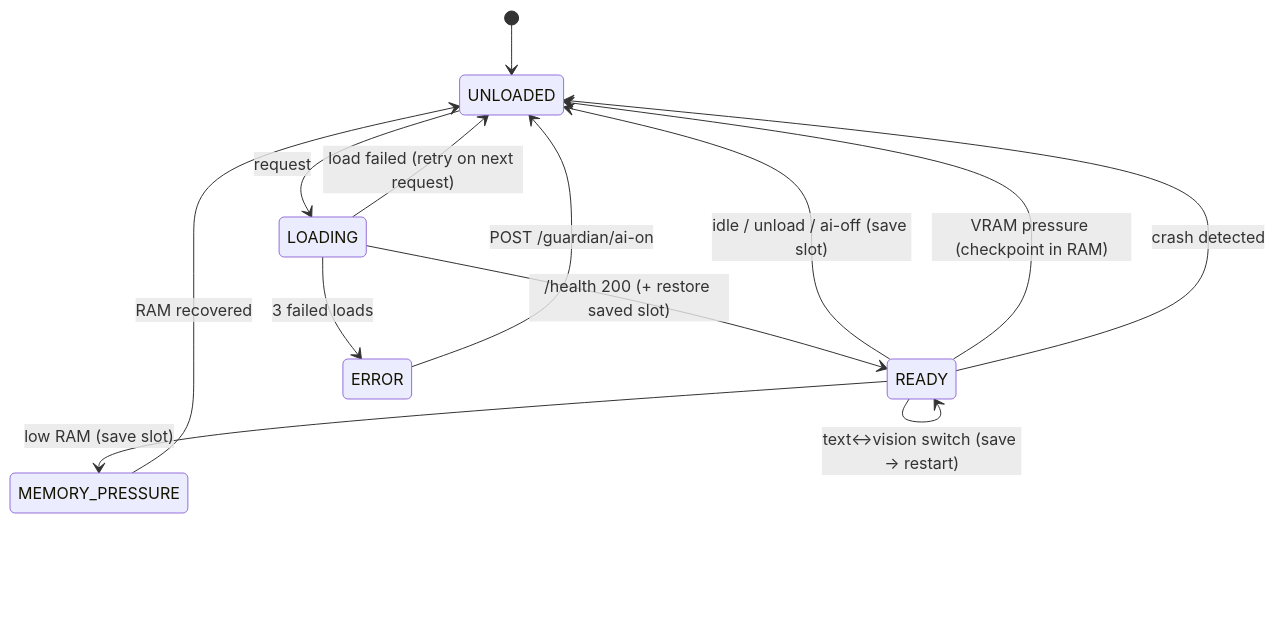
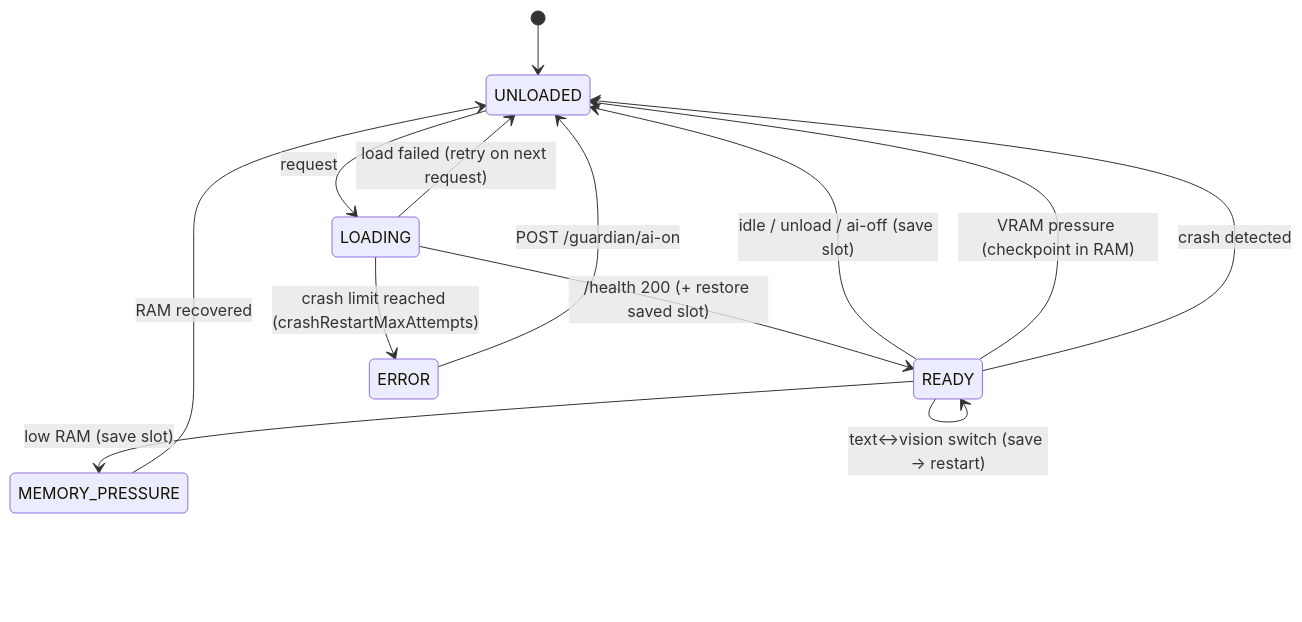
Before and after one commit to hikkian/shura: the diagram in docs/ARCHITECTURE.md, drawn with Mermaid. The commit also changed other lines of this file and 4 other files, not shown here.

Commit message:
docs: the Mermaid diagrams are SVG pictures with fixed sizes (the text was cut off in the boxes); the state machine names the real crash limit

````diff
--- a/docs/ARCHITECTURE.md
+++ b/docs/ARCHITECTURE.md
@@ -47,15 +26,15 @@
 ```mermaid
 stateDiagram-v2
     [*] --> UNLOADED
     UNLOADED --> LOADING: request
     LOADING --> READY: /health 200 (+ restore saved slot)
     LOADING --> UNLOADED: load failed (retry on next request)
-    LOADING --> ERROR: 3 failed loads
+    LOADING --> ERROR: crash limit reached (crashRestartMaxAttempts)
     READY --> READY: text↔vision switch (save → restart)
     READY --> UNLOADED: idle / unload / ai-off (save slot)
     READY --> MEMORY_PRESSURE: low RAM (save slot)
     MEMORY_PRESSURE --> UNLOADED: RAM recovered
     READY --> UNLOADED: VRAM pressure (checkpoint in RAM)
     READY --> UNLOADED: crash detected
     ERROR --> UNLOADED: POST /guardian/ai-on
 ```
````
